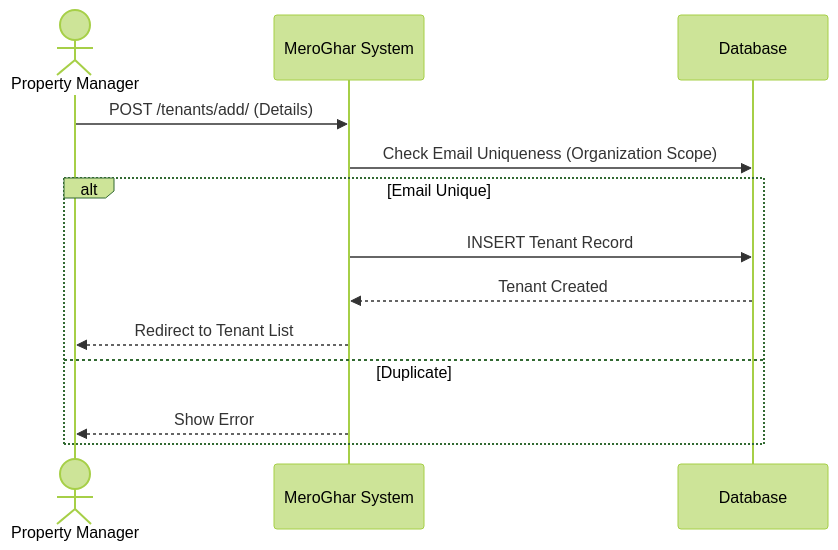
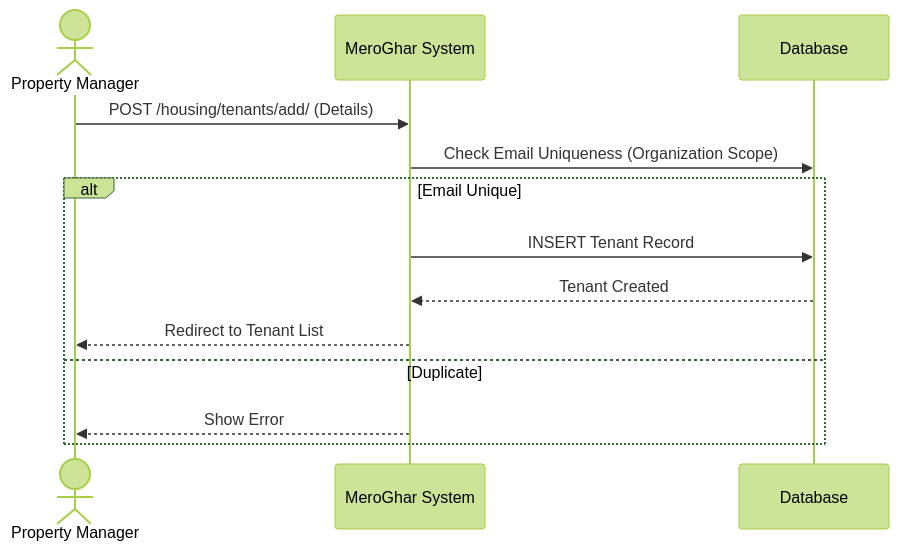
One commit to 0Ankit0/meroghar changed the second of 4 diagrams in docs/workflows/tenant.md. Above: the diagram before and after it, drawn with Mermaid (forest theme). The commit also changed other lines of this file and 12 other files, not shown here.

````diff
--- a/docs/workflows/tenant.md
+++ b/docs/workflows/tenant.md
@@ -35,17 +35,17 @@
 ```mermaid
 sequenceDiagram
     actor Manager as Property Manager
     participant System as MeroGhar System
     participant DB as Database
 
-    Manager->>System: POST /tenants/add/ (Details)
+    Manager->>System: POST /housing/tenants/add/ (Details)
     System->>DB: Check Email Uniqueness (Organization Scope)
     
     alt Email Unique
         System->>DB: INSERT Tenant Record
         DB-->>System: Tenant Created
         System-->>Manager: Redirect to Tenant List
     else Duplicate
         System-->>Manager: Show Error
     end
 ```
````
